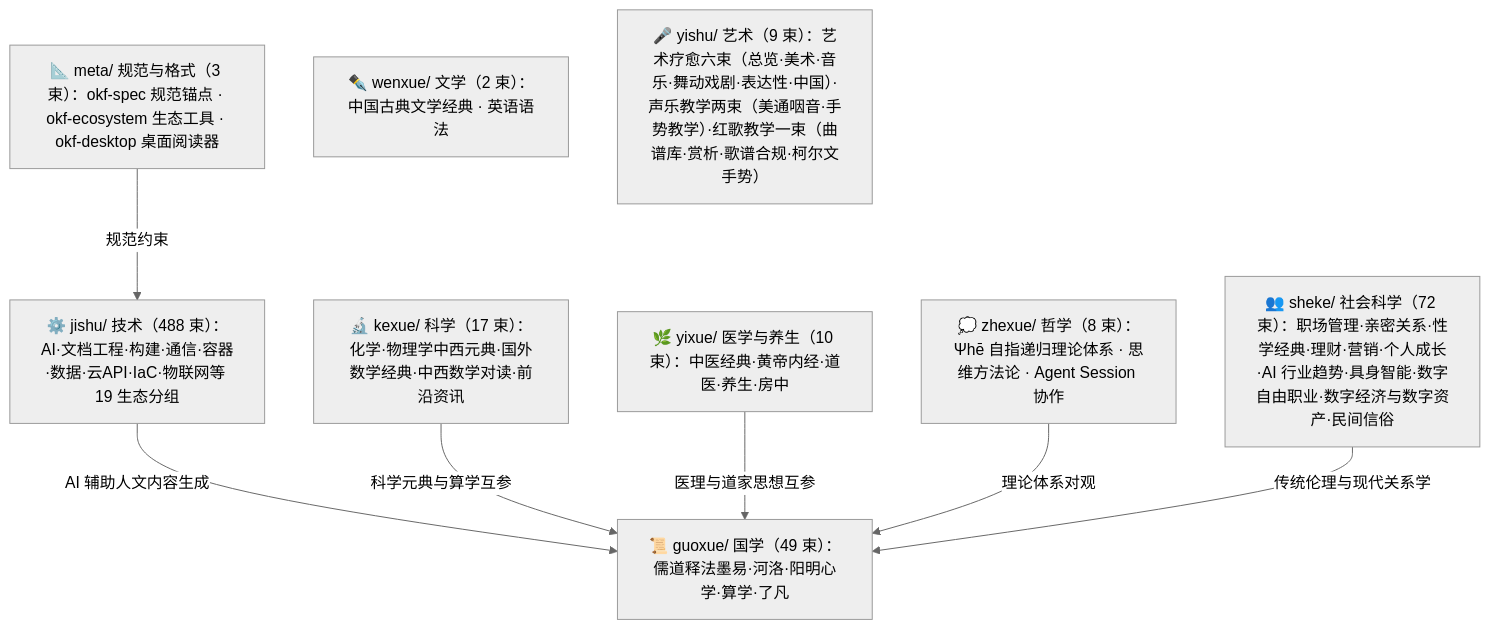
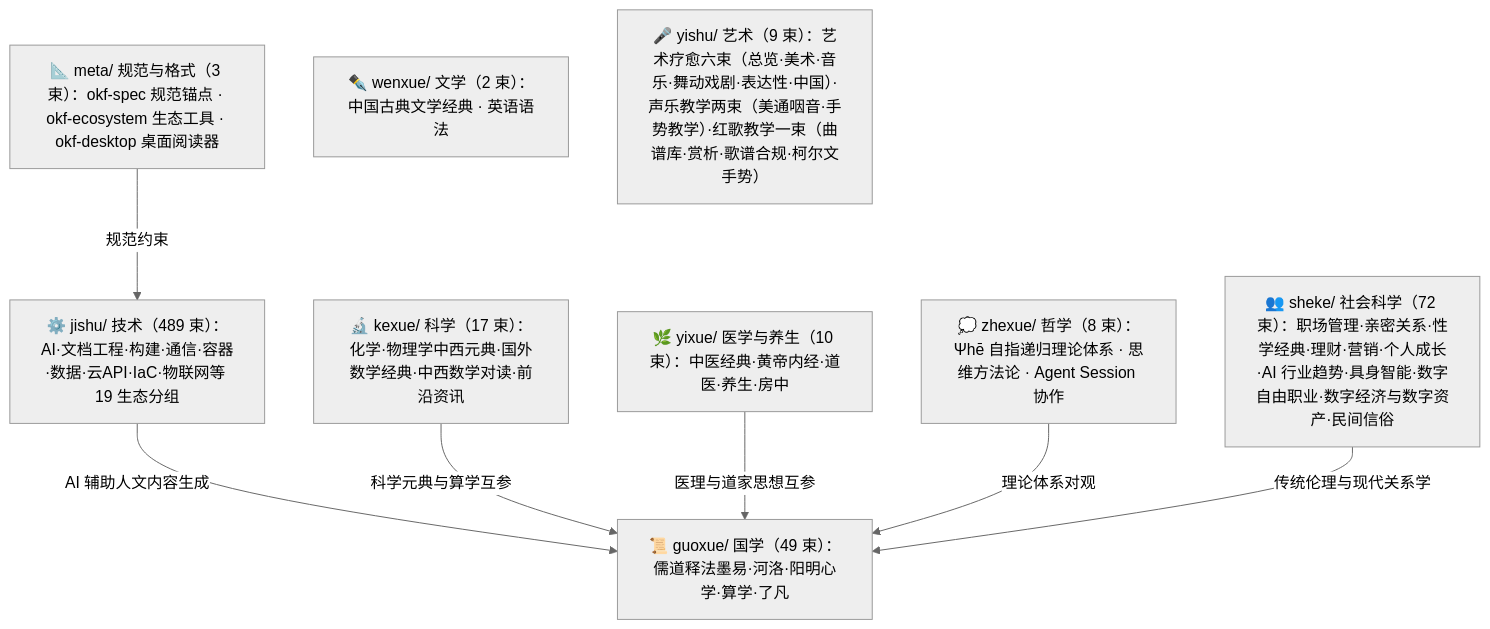
The diagram in doc/bundles/index.md (awesome-flexloop/awesome-okf), drawn with Mermaid (neutral theme) before and after one commit. The commit also changed other lines of this file and 27 other files, not shown here.

````diff
--- a/doc/bundles/index.md
+++ b/doc/bundles/index.md
@@ -21,18 +21,18 @@
 ```mermaid
 flowchart TD
     meta["📐 meta/ 规范与格式（3 束）：okf-spec 规范锚点 · okf-ecosystem 生态工具 · okf-desktop 桌面阅读器"]
     guoxue["📜 guoxue/ 国学（49 束）：儒道释法墨易·河洛·阳明心学·算学·了凡"]
     zhexue["💭 zhexue/ 哲学（8 束）：Ψhē 自指递归理论体系 · 思维方法论 · Agent Session 协作"]
     kexue["🔬 kexue/ 科学（17 束）：化学·物理学中西元典·国外数学经典·中西数学对读·前沿资讯"]
     wenxue["✒️ wenxue/ 文学（2 束）：中国古典文学经典 · 英语语法"]
     yixue["🌿 yixue/ 医学与养生（10 束）：中医经典·黄帝内经·道医·养生·房中"]
     sheke["👥 sheke/ 社会科学（72 束）：职场管理·亲密关系·性学经典·理财·营销·个人成长·AI 行业趋势·具身智能·数字自由职业·数字经济与数字资产·民间信俗"]
     yishu["🎤 yishu/ 艺术（9 束）：艺术疗愈六束（总览·美术·音乐·舞动戏剧·表达性·中国）·声乐教学两束（美通咽音·手势教学）·红歌教学一束（曲谱库·赏析·歌谱合规·柯尔文手势）"]
-    jishu["⚙️ jishu/ 技术（488 束）：AI·文档工程·构建·通信·容器·数据·云API·IaC·物联网等 19 生态分组"]
+    jishu["⚙️ jishu/ 技术（489 束）：AI·文档工程·构建·通信·容器·数据·云API·IaC·物联网等 19 生态分组"]
     meta -->|"规范约束"| jishu
     jishu -->|"AI 辅助人文内容生成"| guoxue
     kexue -->|"科学元典与算学互参"| guoxue
     yixue -->|"医理与道家思想互参"| guoxue
     zhexue -->|"理论体系对观"| guoxue
     sheke -->|"传统伦理与现代关系学"| guoxue
 ```
````
